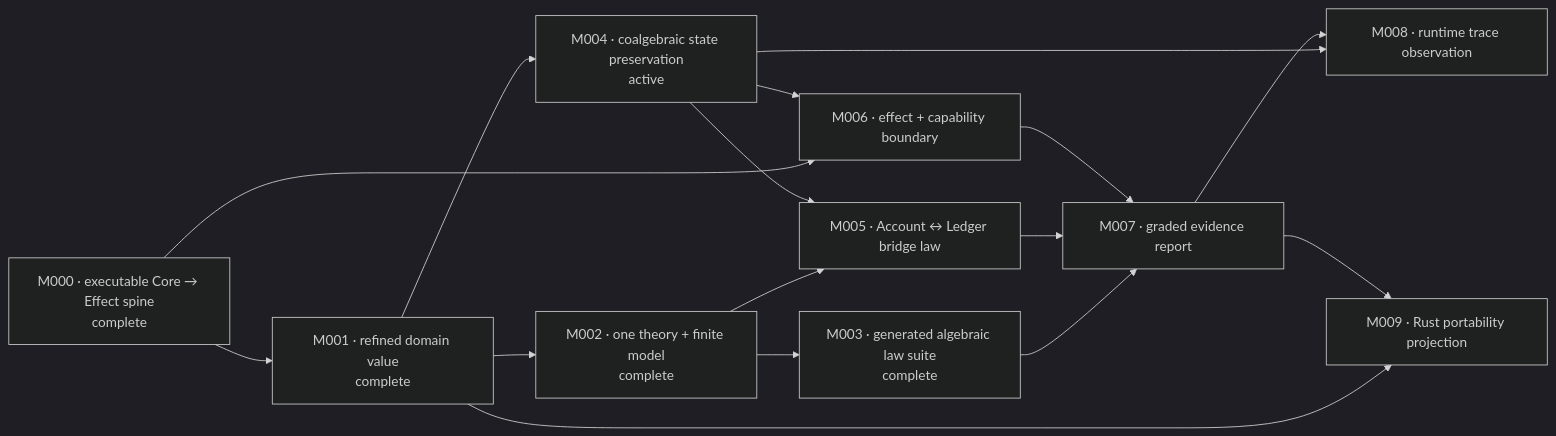
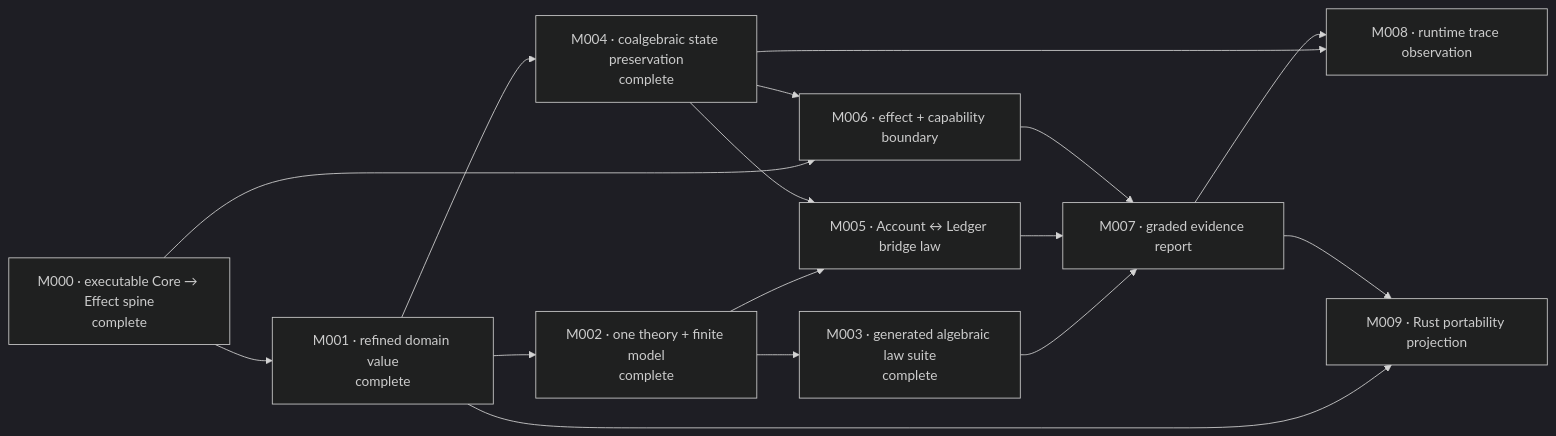
One commit to phibkro/bang-project changed the first of 2 diagrams in CAPABILITIES.md. Above: the diagram before and after it, drawn with Mermaid (dark theme). The commit also changed other lines of this file and 2 other files, not shown here.

Commit message:
docs: record M004 completion

````diff
--- a/CAPABILITIES.md
+++ b/CAPABILITIES.md
@@ -5,27 +5,27 @@
 ```mermaid
 flowchart LR
     M000["M000 · executable Core → Effect spine<br/>complete"]
     M001["M001 · refined domain value<br/>complete"]
     M002["M002 · one theory + finite model<br/>complete"]
     M003["M003 · generated algebraic law suite<br/>complete"]
-    M004["M004 · coalgebraic state preservation<br/>active"]
+    M004["M004 · coalgebraic state preservation<br/>complete"]
     M005["M005 · Account ↔ Ledger bridge law"]
     M006["M006 · effect + capability boundary"]
     M007["M007 · graded evidence report"]
     M008["M008 · runtime trace observation"]
     M009["M009 · Rust portability projection"]
 
     M000 --> M001 --> M002 --> M003
     M001 --> M004
     M002 --> M005
     M004 --> M005
     M000 --> M006
     M004 --> M006
     M003 --> M007
     M005 --> M007
     M006 --> M007
     M004 --> M008
     M007 --> M008
     M001 --> M009
     M007 --> M009
 ```
````
